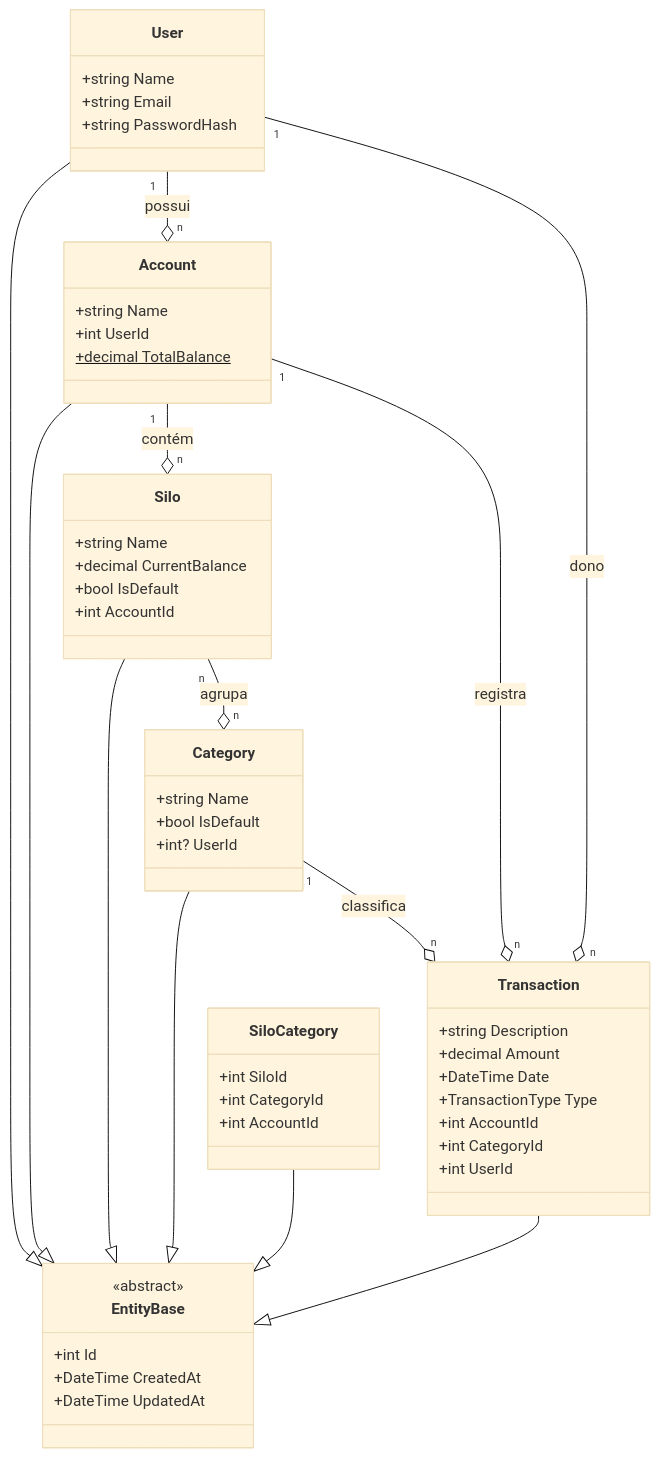
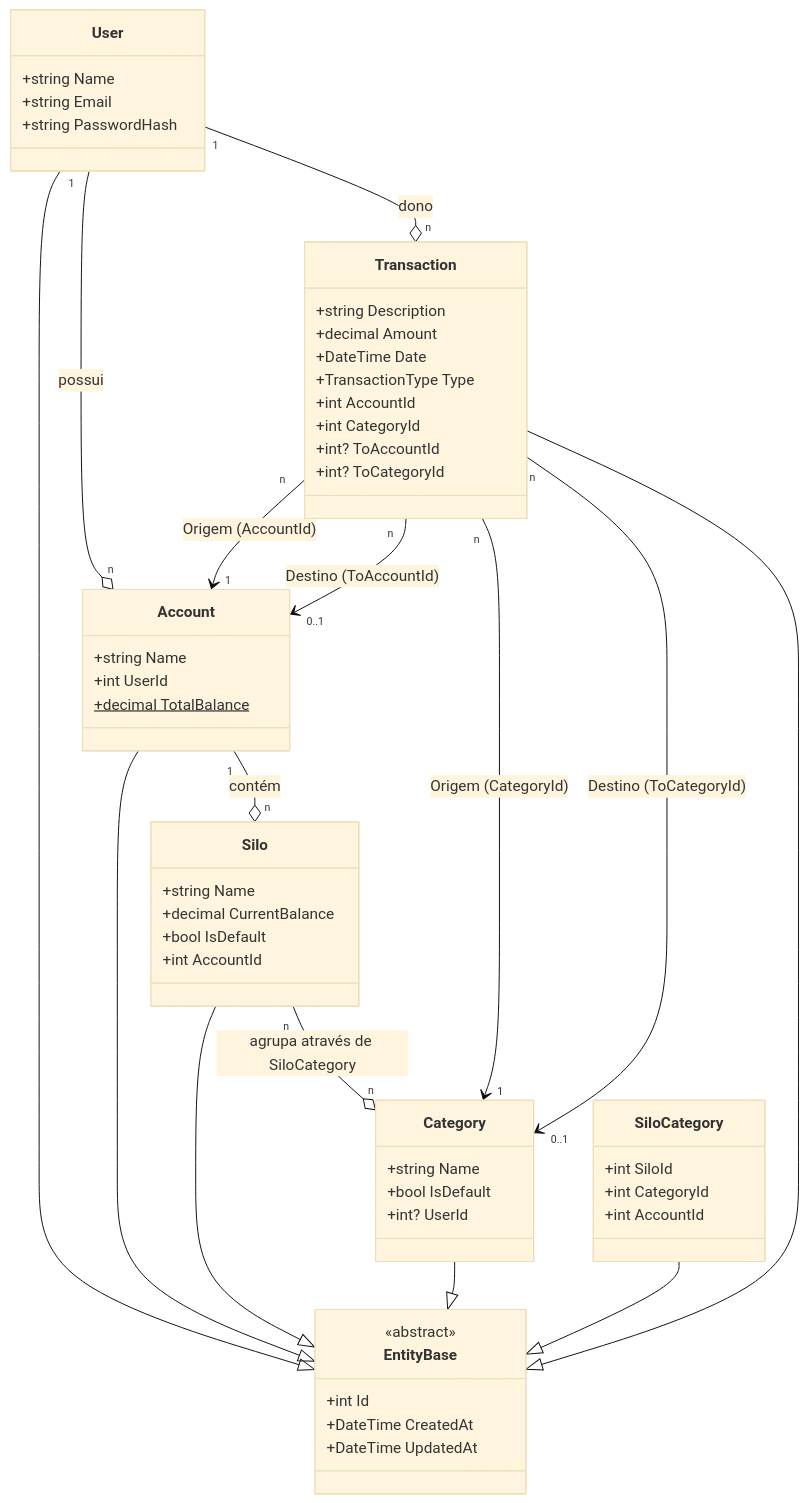
Before and after one commit to mathcolombo/silofy-api: the diagram in docs/ARCHITECTURE.md, drawn with Mermaid (base theme). The commit also changed 7 other files, not shown here.

````diff
--- a/docs/ARCHITECTURE.md
+++ b/docs/ARCHITECTURE.md
@@ -18,64 +18,69 @@
 ```mermaid
 classDiagram
     class EntityBase {
         <<abstract>>
         +int Id
         +DateTime CreatedAt
         +DateTime UpdatedAt
     }
 
     class User {
         +string Name
         +string Email
         +string PasswordHash
     }
 
     class Account {
         +string Name
         +int UserId
         +decimal TotalBalance$
     }
 
     class Silo {
         +string Name
         +decimal CurrentBalance
         +bool IsDefault
         +int AccountId
     }
 
     class Category {
         +string Name
         +bool IsDefault
         +int? UserId
     }
 
     class SiloCategory {
         +int SiloId
         +int CategoryId
         +int AccountId
     }
 
     class Transaction {
         +string Description
         +decimal Amount
         +DateTime Date
         +TransactionType Type
         +int AccountId
         +int CategoryId
-        +int UserId
+        +int? ToAccountId
+        +int? ToCategoryId
     }
 
     User --|> EntityBase
     Account --|> EntityBase
     Silo --|> EntityBase
     Category --|> EntityBase
     SiloCategory --|> EntityBase
     Transaction --|> EntityBase
 
     User "1" --o "n" Account : possui
     Account "1" --o "n" Silo : contém
-    Silo "n" --o "n" Category : agrupa
-    Category "1" --o "n" Transaction : classifica
-    Account "1" --o "n" Transaction : registra
+    Silo "n" --o "n" Category : agrupa através de SiloCategory
+    
+    %% Relacionamentos da Transação
+    Transaction "n" --> "1" Account : Origem (AccountId)
+    Transaction "n" --> "0..1" Account : Destino (ToAccountId)
+    Transaction "n" --> "1" Category : Origem (CategoryId)
+    Transaction "n" --> "0..1" Category : Destino (ToCategoryId)
     User "1" --o "n" Transaction : dono
 ```
````
